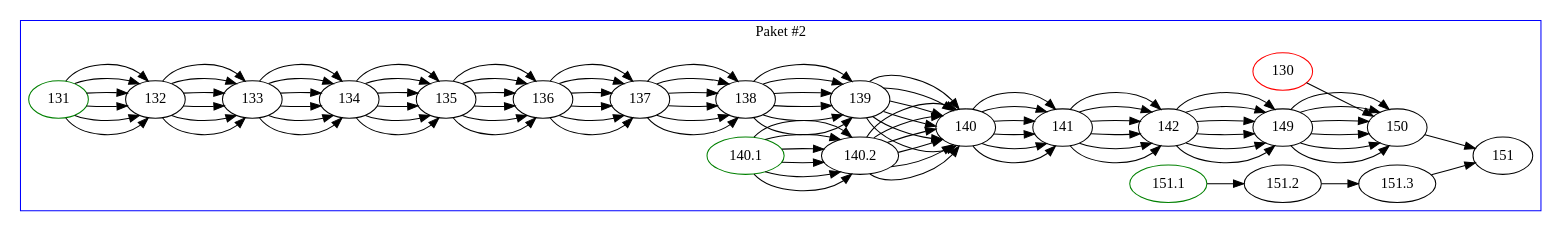
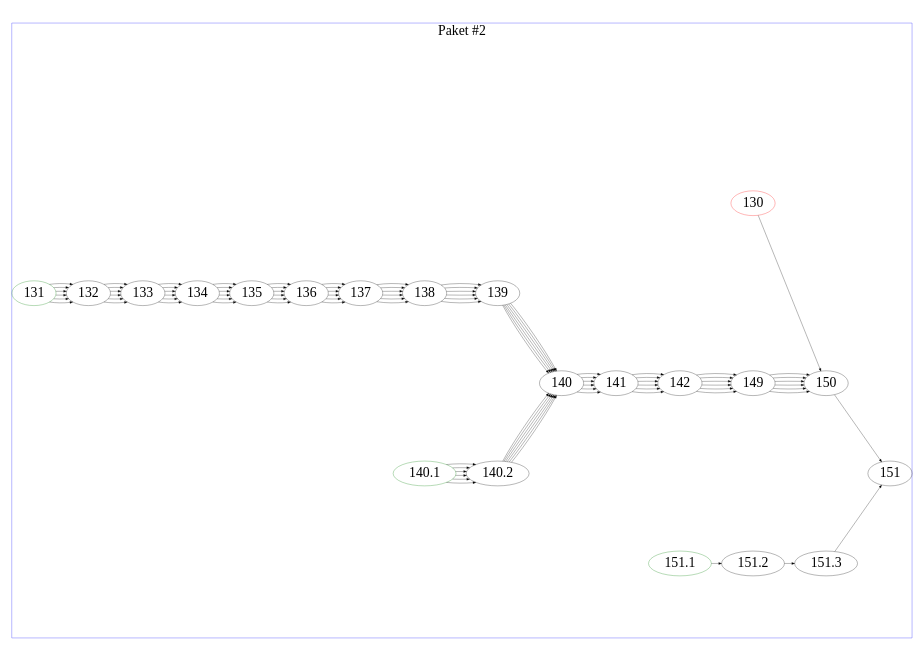
The diagram in millenium-falcon-75192/paket2.dot (deltapi/LEGO-Dependency-Graphs), drawn with Graphviz before and after one commit. The commit also changed 16 other files, not shown here.

```diff
--- a/millenium-falcon-75192/paket2.dot
+++ b/millenium-falcon-75192/paket2.dot
@@ -1,34 +1,39 @@
 digraph paket2 {
-    rankdir=LR
+    rankdir=LR;
+    ratio="fill";
+    size="11.7,8.3!";
+    margin=0.25;
+    fontsize="48";
+    node [fontsize="48"];
 
 130 [color=red];
 131 [color=green];
 140.1 [color=green];
 151.1 [color=green];
 
     subgraph cluster_2 {
         label = "Paket #2"
         color = blue
 
         131 -> 132 -> 133 -> 134 -> 135 -> 136 -> 137 -> 138 -> 139 -> 140;
         140.1 -> 140.2 -> 140 -> 141 -> 142 -> 149 -> 150;
 
         131 -> 132 -> 133 -> 134 -> 135 -> 136 -> 137 -> 138 -> 139 -> 140;
         140.1 -> 140.2 -> 140 -> 141 -> 142 -> 149 -> 150;
 
         131 -> 132 -> 133 -> 134 -> 135 -> 136 -> 137 -> 138 -> 139 -> 140;
         140.1 -> 140.2 -> 140 -> 141 -> 142 -> 149 -> 150;
 
         131 -> 132 -> 133 -> 134 -> 135 -> 136 -> 137 -> 138 -> 139 -> 140;
         140.1 -> 140.2 -> 140 -> 141 -> 142 -> 149 -> 150;
 
         131 -> 132 -> 133 -> 134 -> 135 -> 136 -> 137 -> 138 -> 139 -> 140;
         140.1 -> 140.2 -> 140 -> 141 -> 142 -> 149 -> 150;
 
         131 -> 132 -> 133 -> 134 -> 135 -> 136 -> 137 -> 138 -> 139 -> 140;
         140.1 -> 140.2 -> 140 -> 141 -> 142 -> 149 -> 150;
 
         130 -> 150 -> 151;
         151.1 -> 151.2 -> 151.3 -> 151;
     }
 }
```
